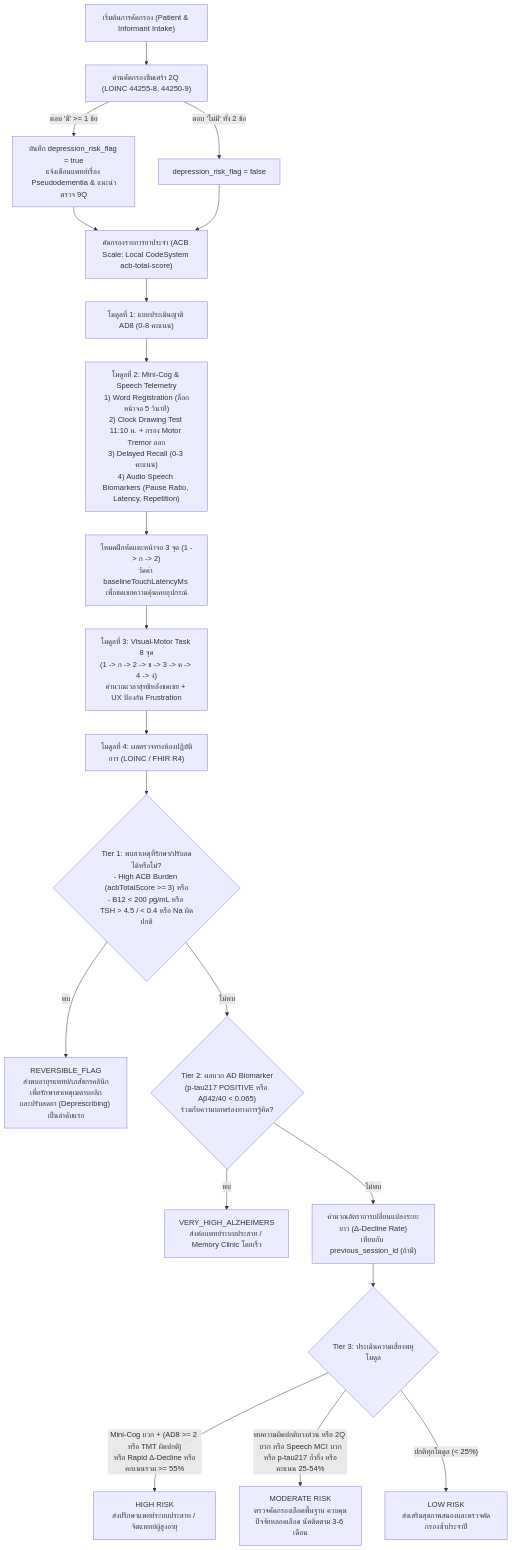
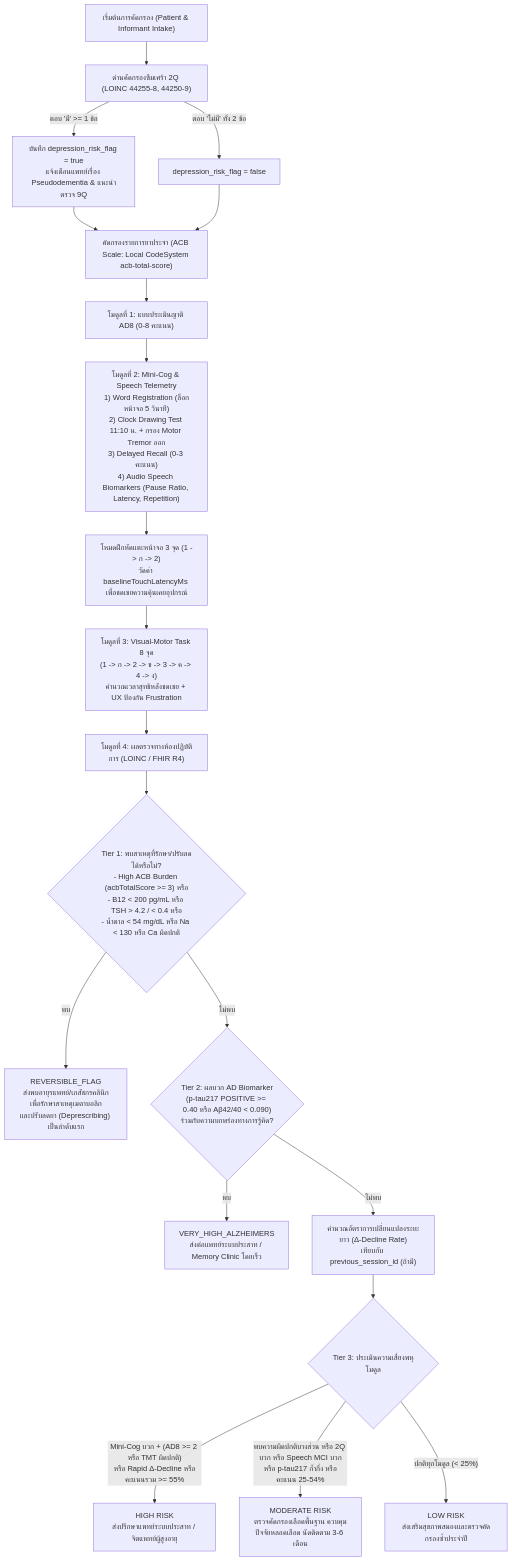
The first of 3 diagrams in docs/CLINICAL_DECISION_ARCHITECTURE.md (natchlimar-droid/Project-Alzheimer), drawn with Mermaid before and after one commit. The commit also changed 6 other files, not shown here.

````diff
--- a/docs/CLINICAL_DECISION_ARCHITECTURE.md
+++ b/docs/CLINICAL_DECISION_ARCHITECTURE.md
@@ -9,27 +9,27 @@
 ```mermaid
 flowchart TD
     Start["เริ่มต้นการคัดกรอง (Patient & Informant Intake)"] --> Gatekeeper2Q["ด่านคัดกรองซึมเศร้า 2Q (LOINC 44255-8, 44250-9)"]
     Gatekeeper2Q -->|"ตอบ 'มี' >= 1 ข้อ"| FlagDep["บันทึก depression_risk_flag = true\nแจ้งเตือนแพทย์เรื่อง Pseudodementia & แนะนำตรวจ 9Q"]
     Gatekeeper2Q -->|"ตอบ 'ไม่มี' ทั้ง 2 ข้อ"| FlagNoDep["depression_risk_flag = false"]
 
     FlagDep --> ACBCheck["คัดกรองรายการยาประจำ (ACB Scale: Local CodeSystem acb-total-score)"]
     FlagNoDep --> ACBCheck
     ACBCheck --> Mod1["โมดูลที่ 1: แบบประเมินญาติ AD8 (0-8 คะแนน)"]
 
     Mod1 --> Mod2["โมดูลที่ 2: Mini-Cog & Speech Telemetry\n1) Word Registration (ล็อกหน้าจอ 5 วินาที)\n2) Clock Drawing Test 11:10 น. + กรอง Motor Tremor ออก\n3) Delayed Recall (0-3 คะแนน)\n4) Audio Speech Biomarkers (Pause Ratio, Latency, Repetition)"]
     Mod2 --> Calib["โหมดฝึกหัดแตะหน้าจอ 3 จุด (1 -> ก -> 2)\nวัดค่า baselineTouchLatencyMs เพื่อชดเชยความคุ้นเคยอุปกรณ์"]
     Calib --> Mod3["โมดูลที่ 3: Visual-Motor Task 8 จุด\n(1 -> ก -> 2 -> ข -> 3 -> ค -> 4 -> ง)\nคำนวณเวลาสุทธิหลังชดเชย + UX ป้องกัน Frustration"]
     Mod3 --> Mod4["โมดูลที่ 4: ผลตรวจทางห้องปฏิบัติการ (LOINC / FHIR R4)"]
 
-    Mod4 --> Tier1{"Tier 1: พบสาเหตุที่รักษา/ปรับลดได้หรือไม่?\n- High ACB Burden (acbTotalScore >= 3) หรือ\n- B12 < 200 pg/mL หรือ TSH > 4.5 / < 0.4 หรือ Na ผิดปกติ"}
+    Mod4 --> Tier1{"Tier 1: พบสาเหตุที่รักษา/ปรับลดได้หรือไม่?\n- High ACB Burden (acbTotalScore >= 3) หรือ\n- B12 < 200 pg/mL หรือ TSH > 4.2 / < 0.4 หรือ\n- น้ำตาล < 54 mg/dL หรือ Na < 130 หรือ Ca ผิดปกติ"}
     Tier1 -->|"พบ"| OutRev["REVERSIBLE_FLAG\nส่งพบอายุรแพทย์/เภสัชกรคลินิกเพื่อรักษาสาเหตุเมตาบอลิก\nและปรับลดยา (Deprescribing) เป็นลำดับแรก"]
-    Tier1 -->|"ไม่พบ"| Tier2{"Tier 2: ผลบวก AD Biomarker\n(p-tau217 POSITIVE หรือ Aβ42/40 < 0.065)\nร่วมกับความบกพร่องทางการรู้คิด?"}
+    Tier1 -->|"ไม่พบ"| Tier2{"Tier 2: ผลบวก AD Biomarker\n(p-tau217 POSITIVE >= 0.40 หรือ Aβ42/40 < 0.090)\nร่วมกับความบกพร่องทางการรู้คิด?"}
 
     Tier2 -->|"พบ"| OutAD["VERY_HIGH_ALZHEIMERS\nส่งต่อแพทย์ระบบประสาท / Memory Clinic โดยเร็ว"]
     Tier2 -->|"ไม่พบ"| LongCheck["คำนวณอัตราการเปลี่ยนแปลงระยะยาว (Δ-Decline Rate)\nเทียบกับ previous_session_id (ถ้ามี)"]
 
     LongCheck --> Tier3{"Tier 3: ประเมินความเสี่ยงพหุโมดูล"}
     Tier3 -->|"Mini-Cog บวก + (AD8 >= 2 หรือ TMT ผิดปกติ)\nหรือ Rapid Δ-Decline หรือคะแนนรวม >= 55%"| OutHigh["HIGH RISK\nส่งปรึกษาแพทย์ระบบประสาท / จิตแพทย์ผู้สูงอายุ"]
     Tier3 -->|"พบความผิดปกติบางส่วน หรือ 2Q บวก หรือ Speech MCI บวก\nหรือ p-tau217 ก้ำกึ่ง หรือคะแนน 25-54%"| OutMod["MODERATE RISK\nตรวจคัดกรองเลือดพื้นฐาน ควบคุมปัจจัยหลอดเลือด นัดติดตาม 3-6 เดือน"]
     Tier3 -->|"ปกติทุกโมดูล (< 25%)"| OutLow["LOW RISK\nส่งเสริมสุขภาพสมองและตรวจคัดกรองซ้ำประจำปี"]
 ```
````
